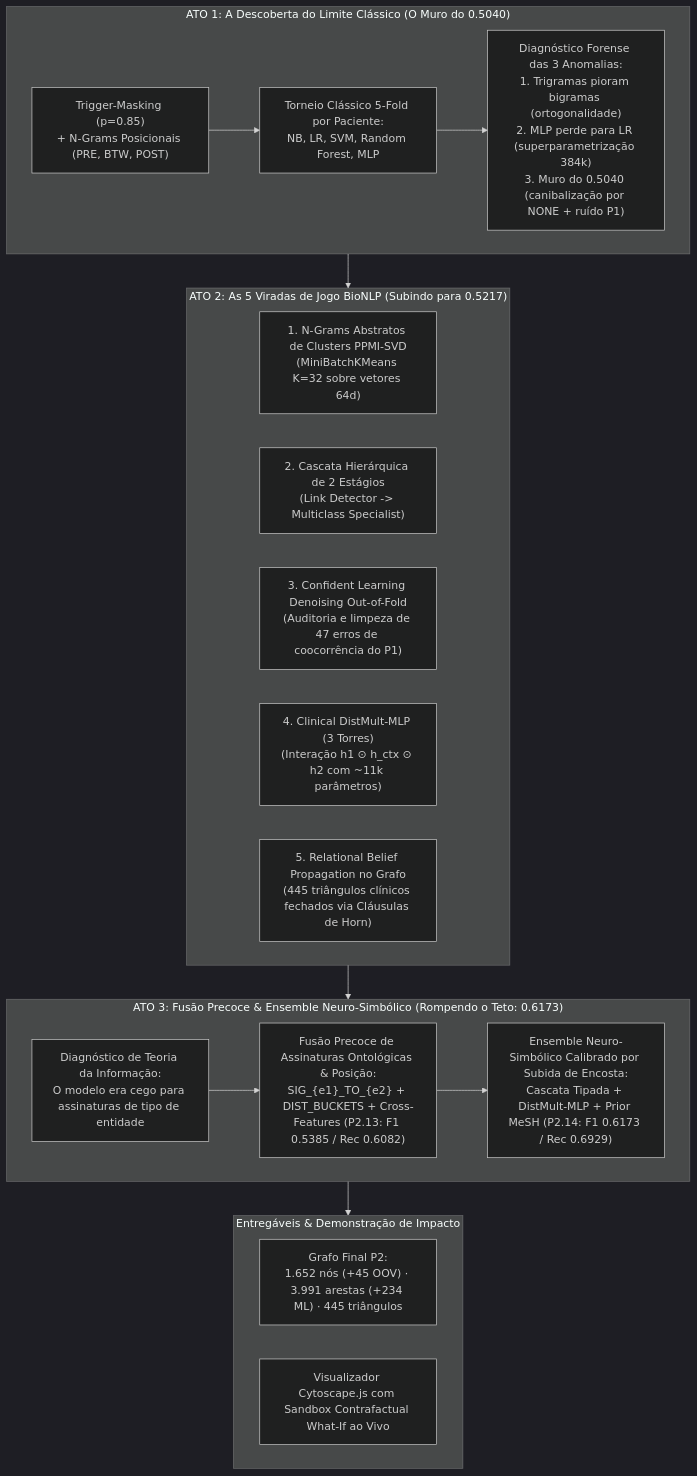
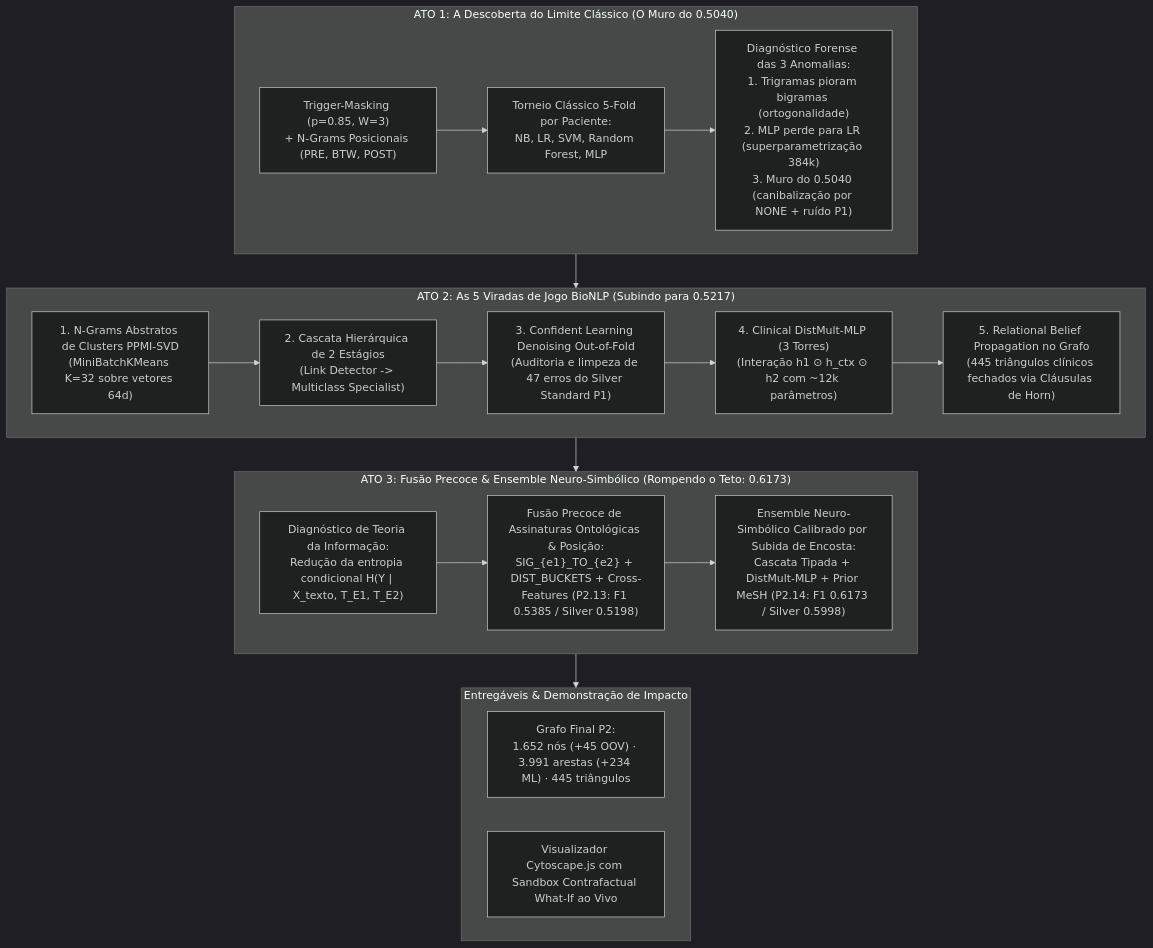
The first of 2 diagrams in project2/README.md (pucheranni/Natural_Languages_Processing_MC8962026s2), drawn with Mermaid (dark theme) before and after one commit. The commit also changed other lines of this file and 20 other files, not shown here.

````diff
--- a/project2/README.md
+++ b/project2/README.md
@@ -23,31 +24,30 @@
 ```mermaid
 flowchart TD
     subgraph Act1 ["ATO 1: A Descoberta do Limite Clássico (O Muro do 0.5040)"]
-        A1["Trigger-Masking (p=0.85)<br/>+ N-Grams Posicionais (PRE, BTW, POST)"] --> A2["Torneio Clássico 5-Fold por Paciente:<br/>NB, LR, SVM, Random Forest, MLP"]
+        A1["Trigger-Masking (p=0.85, W=3)<br/>+ N-Grams Posicionais (PRE, BTW, POST)"] --> A2["Torneio Clássico 5-Fold por Paciente:<br/>NB, LR, SVM, Random Forest, MLP"]
         A2 --> A3["Diagnóstico Forense das 3 Anomalias:<br/>1. Trigramas pioram bigramas (ortogonalidade)<br/>2. MLP perde para LR (superparametrização 384k)<br/>3. Muro do 0.5040 (canibalização por NONE + ruído P1)"]
     end
 
     subgraph Act2 ["ATO 2: As 5 Viradas de Jogo BioNLP (Subindo para 0.5217)"]
-        B1["1. N-Grams Abstratos de Clusters PPMI-SVD<br/>(MiniBatchKMeans K=32 sobre vetores 64d)"]
-        B2["2. Cascata Hierárquica de 2 Estágios<br/>(Link Detector -> Multiclass Specialist)"]
-        B3["3. Confident Learning Denoising Out-of-Fold<br/>(Auditoria e limpeza de 47 erros de coocorrência do P1)"]
-        B4["4. Clinical DistMult-MLP (3 Torres)<br/>(Interação h1 ⊙ h_ctx ⊙ h2 com ~11k parâmetros)"]
-        B5["5. Relational Belief Propagation no Grafo<br/>(445 triângulos clínicos fechados via Cláusulas de Horn)"]
+        B1["1. N-Grams Abstratos de Clusters PPMI-SVD<br/>(MiniBatchKMeans K=32 sobre vetores 64d)"] --> B2["2. Cascata Hierárquica de 2 Estágios<br/>(Link Detector -> Multiclass Specialist)"]
+        B2 --> B3["3. Confident Learning Denoising Out-of-Fold<br/>(Auditoria e limpeza de 47 erros do Silver Standard P1)"]
+        B3 --> B4["4. Clinical DistMult-MLP (3 Torres)<br/>(Interação h1 ⊙ h_ctx ⊙ h2 com ~12k parâmetros)"]
+        B4 --> B5["5. Relational Belief Propagation no Grafo<br/>(445 triângulos clínicos fechados via Cláusulas de Horn)"]
     end
 
     subgraph Act3 ["ATO 3: Fusão Precoce & Ensemble Neuro-Simbólico (Rompendo o Teto: 0.6173)"]
-        D1["Diagnóstico de Teoria da Informação:<br/>O modelo era cego para assinaturas de tipo de entidade"]
-        D2["Fusão Precoce de Assinaturas Ontológicas & Posição:<br/>SIG_{e1}_TO_{e2} + DIST_BUCKETS + Cross-Features (P2.13: F1 0.5385 / Rec 0.6082)"]
-        D3["Ensemble Neuro-Simbólico Calibrado por Subida de Encosta:<br/>Cascata Tipada + DistMult-MLP + Prior MeSH (P2.14: F1 0.6173 / Rec 0.6929)"]
+        D1["Diagnóstico de Teoria da Informação:<br/>Redução da entropia condicional H(Y | X_texto, T_E1, T_E2)"]
+        D2["Fusão Precoce de Assinaturas Ontológicas & Posição:<br/>SIG_{e1}_TO_{e2} + DIST_BUCKETS + Cross-Features (P2.13: F1 0.5385 / Silver 0.5198)"]
+        D3["Ensemble Neuro-Simbólico Calibrado por Subida de Encosta:<br/>Cascata Tipada + DistMult-MLP + Prior MeSH (P2.14: F1 0.6173 / Silver 0.5998)"]
         D1 --> D2 --> D3
     end
 
     subgraph Output ["Entregáveis & Demonstração de Impacto"]
         C1["Grafo Final P2:<br/>1.652 nós (+45 OOV) · 3.991 arestas (+234 ML) · 445 triângulos"]
         C2["Visualizador Cytoscape.js com Sandbox Contrafactual What-If ao Vivo"]
     end
 
     Act1 --> Act2
     Act2 --> Act3
     Act3 --> Output
 ```
````
